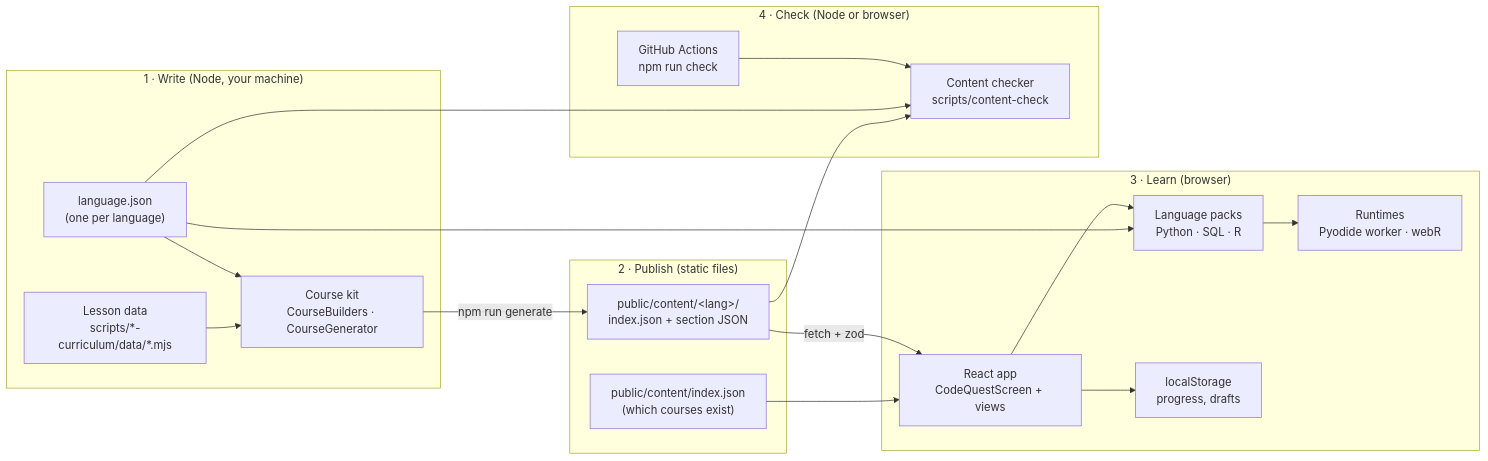
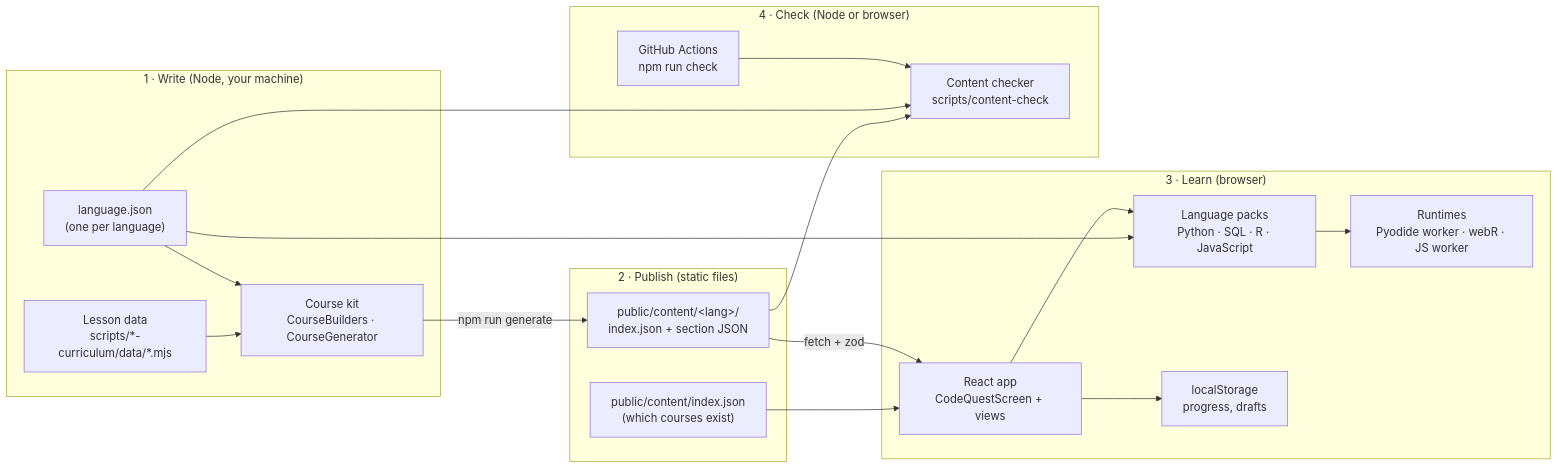
The first of 8 diagrams in ARCHITECTURE.md (ubuntu-apps/code-quest), drawn with Mermaid before and after one commit. The commit also changed other lines of this file and 29 other files, not shown here.

````diff
--- a/ARCHITECTURE.md
+++ b/ARCHITECTURE.md
@@ -18,34 +18,34 @@
 ```mermaid
 flowchart LR
   subgraph W["1 · Write (Node, your machine)"]
     D["Lesson data<br/>scripts/*-curriculum/data/*.mjs"]
     K["Course kit<br/>CourseBuilders · CourseGenerator"]
     LJ["language.json<br/>(one per language)"]
   end
   subgraph P["2 · Publish (static files)"]
     C["public/content/#lt;lang#gt;/<br/>index.json + section JSON"]
     RI["public/content/index.json<br/>(which courses exist)"]
   end
   subgraph L["3 · Learn (browser)"]
     A["React app<br/>CodeQuestScreen + views"]
-    LP["Language packs<br/>Python · SQL · R"]
-    RT["Runtimes<br/>Pyodide worker · webR"]
+    LP["Language packs<br/>Python · SQL · R · JavaScript"]
+    RT["Runtimes<br/>Pyodide worker · webR · JS worker"]
     S["localStorage<br/>progress, drafts"]
   end
   subgraph Q["4 · Check (Node or browser)"]
     CC["Content checker<br/>scripts/content-check"]
     CI["GitHub Actions<br/>npm run check"]
   end
   D --> K
   LJ --> K
   K -- "npm run generate" --> C
   RI --> A
   C -- "fetch + zod" --> A
   LJ --> LP
   A --> LP
   LP --> RT
   A --> S
   C --> CC
   LJ --> CC
   CI --> CC
 ```
````
